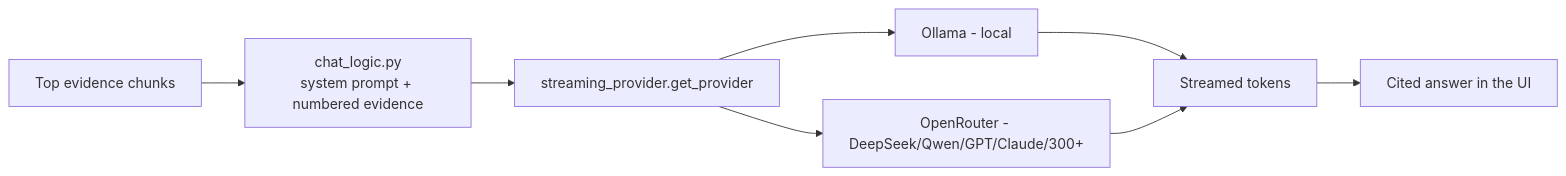
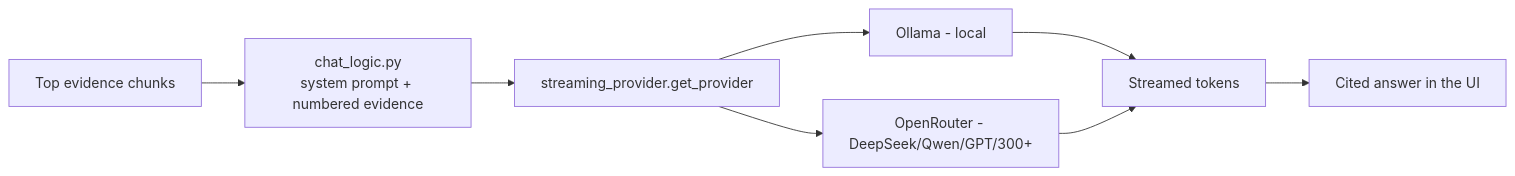
The fourth of 5 diagrams in docs/PIPELINE.md (anistondeveloperteam-ANT/Audio-research-assistant), drawn with Mermaid before and after one commit. The commit also changed other lines of this file and 6 other files, not shown here.

````diff
--- a/docs/PIPELINE.md
+++ b/docs/PIPELINE.md
@@ -186,10 +186,10 @@
 ```mermaid
 flowchart LR
     EV[Top evidence chunks] --> SP[chat_logic.py<br/>system prompt + numbered evidence]
     SP --> PROV[streaming_provider.get_provider]
     PROV --> OLL[Ollama - local]
-    PROV --> OR[OpenRouter - DeepSeek/Qwen/GPT/Claude/300+]
+    PROV --> OR[OpenRouter - DeepSeek/Qwen/GPT/300+]
     OLL --> TOK[Streamed tokens]
     OR --> TOK
     TOK --> ANS[Cited answer in the UI]
 ```
````
